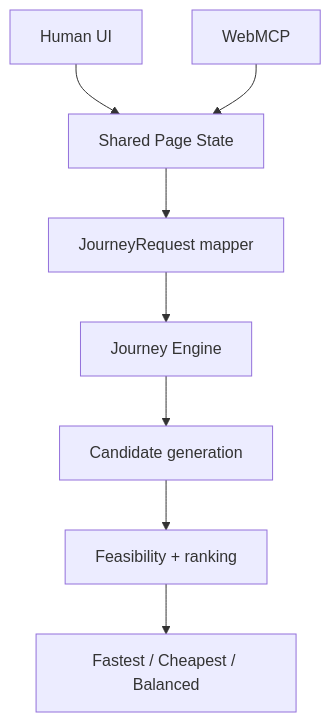
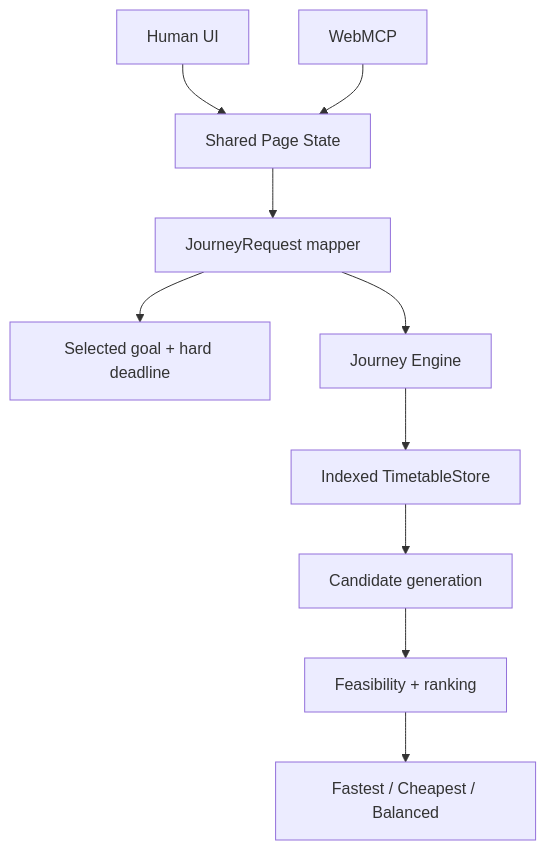
Before and after one commit to zirinandzennos/taiwan-goal-aware-webmcp: the diagram in docs/ARCHITECTURE.md, drawn with Mermaid. The commit also changed other lines of this file and 32 other files, not shown here.

Commit message:
feat: add goal-aware timetable import foundation

````diff
--- a/docs/ARCHITECTURE.md
+++ b/docs/ARCHITECTURE.md
@@ -3,10 +3,12 @@
 ```mermaid
 flowchart TD
   UI[Human UI] --> State[Shared Page State]
   MCP[WebMCP] --> State
   State --> Mapper[JourneyRequest mapper]
+  Mapper --> Goal[Selected goal + hard deadline]
   Mapper --> Engine[Journey Engine]
-  Engine --> Candidates[Candidate generation]
+  Engine --> Store[Indexed TimetableStore]
+  Store --> Candidates[Candidate generation]
   Candidates --> Evaluation[Feasibility + ranking]
   Evaluation --> Results[Fastest / Cheapest / Balanced]
 ```
````
